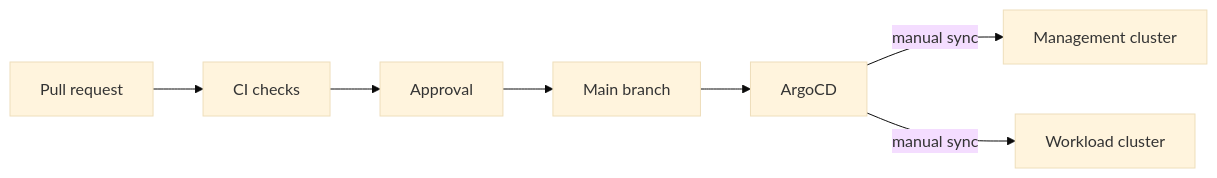
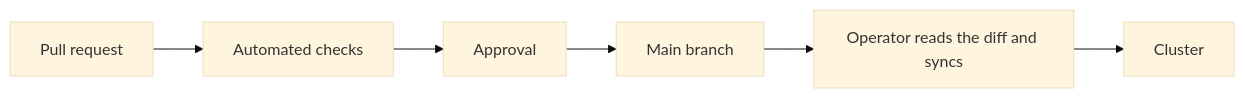
Before and after one commit to FP-Validated/fp-validated-docs: the diagram in website/docs/fp-validated-infra/gitops-topology.md, drawn with Mermaid (base theme). The commit also changed other lines of this file and 20 other files, not shown here.

````diff
--- a/website/docs/fp-validated-infra/gitops-topology.md
+++ b/website/docs/fp-validated-infra/gitops-topology.md
@@ -11,17 +11,15 @@
 ```mermaid
 flowchart LR
   pr[Pull request]
-  ci[CI checks]
+  ci[Automated checks]
   review[Approval]
   main[Main branch]
-  argo[ArgoCD]
-  mgmt[Management cluster]
-  work[Workload cluster]
+  sync[Operator reads the diff and syncs]
+  cluster[Cluster]
 
   pr --> ci
   ci --> review
   review --> main
-  main --> argo
-  argo -- manual sync --> mgmt
-  argo -- manual sync --> work
+  main --> sync
+  sync --> cluster
 ```
````
